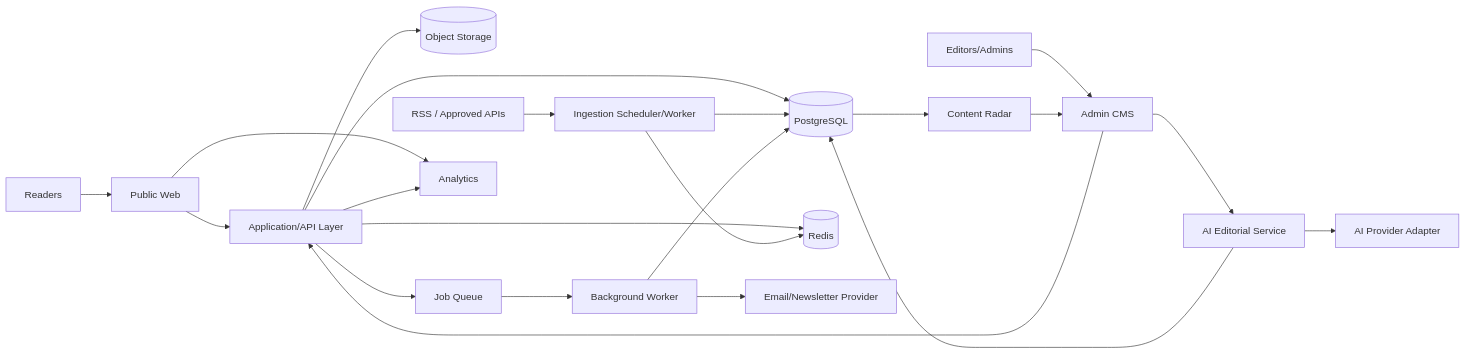
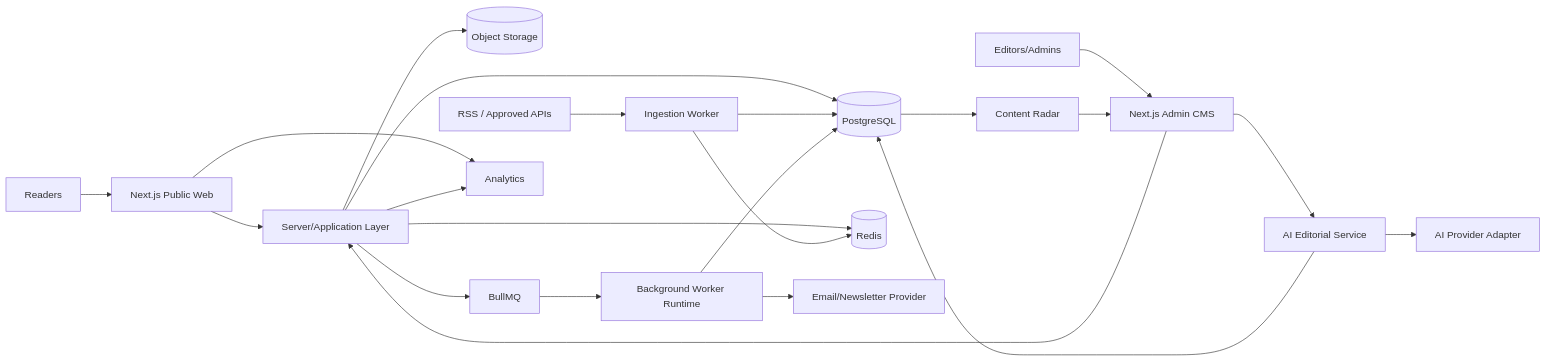
The first of 5 diagrams in docs/ARCHITECTURE.md (YounasKhan2/living-journal), drawn with Mermaid before and after one commit. The commit also changed other lines of this file, not shown here.

Commit message:
docs: lock production architecture to Next.js

````diff
--- a/docs/ARCHITECTURE.md
+++ b/docs/ARCHITECTURE.md
@@ -17,30 +20,30 @@
 ```mermaid
 flowchart LR
-  Reader[Readers] --> Web[Public Web]
-  Editor[Editors/Admins] --> CMS[Admin CMS]
+  Reader[Readers] --> Web[Next.js Public Web]
+  Editor[Editors/Admins] --> CMS[Next.js Admin CMS]
 
-  Web --> API[Application/API Layer]
-  CMS --> API
+  Web --> Server[Server/Application Layer]
+  CMS --> Server
 
-  API --> DB[(PostgreSQL)]
-  API --> Storage[(Object Storage)]
-  API --> Cache[(Redis)]
+  Server --> DB[(PostgreSQL)]
+  Server --> Storage[(Object Storage)]
+  Server --> Cache[(Redis)]
 
-  RSS[RSS / Approved APIs] --> Ingest[Ingestion Scheduler/Worker]
+  RSS[RSS / Approved APIs] --> Ingest[Ingestion Worker]
   Ingest --> Cache
   Ingest --> DB
   DB --> Radar[Content Radar]
   Radar --> CMS
 
   CMS --> AI[AI Editorial Service]
   AI --> Providers[AI Provider Adapter]
   AI --> DB
 
-  API --> Queue[Job Queue]
-  Queue --> Worker[Background Worker]
+  Server --> Queue[BullMQ]
+  Queue --> Worker[Background Worker Runtime]
   Worker --> Email[Email/Newsletter Provider]
   Worker --> DB
 
   Web --> Analytics[Analytics]
-  API --> Analytics
+  Server --> Analytics
 ```
````
